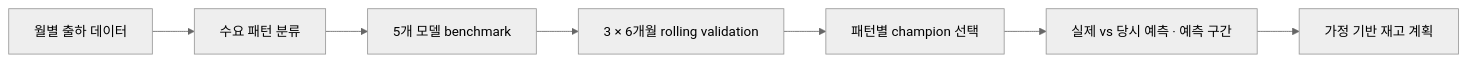
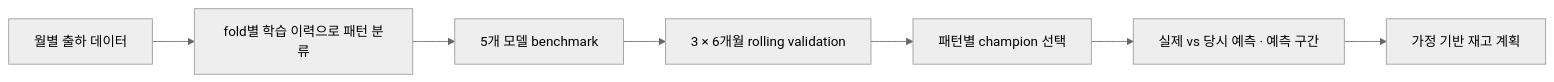
One commit to Samuel-0930/AI-Driven-Retail-Demand-Forecasting-Platform changed the first of 2 diagrams in README.md. Above: the diagram before and after it, drawn with Mermaid (neutral theme). The commit also changed other lines of this file and 8 other files, not shown here.

````diff
--- a/README.md
+++ b/README.md
@@ -60,9 +60,9 @@
 ```mermaid
 flowchart LR
-    A["월별 출하 데이터"] --> B["수요 패턴 분류"]
+    A["월별 출하 데이터"] --> B["fold별 학습 이력으로 패턴 분류"]
     B --> C["5개 모델 benchmark"]
     C --> D["3 × 6개월 rolling validation"]
     D --> E["패턴별 champion 선택"]
     E --> F["실제 vs 당시 예측 · 예측 구간"]
     F --> G["가정 기반 재고 계획"]
 ```
````
